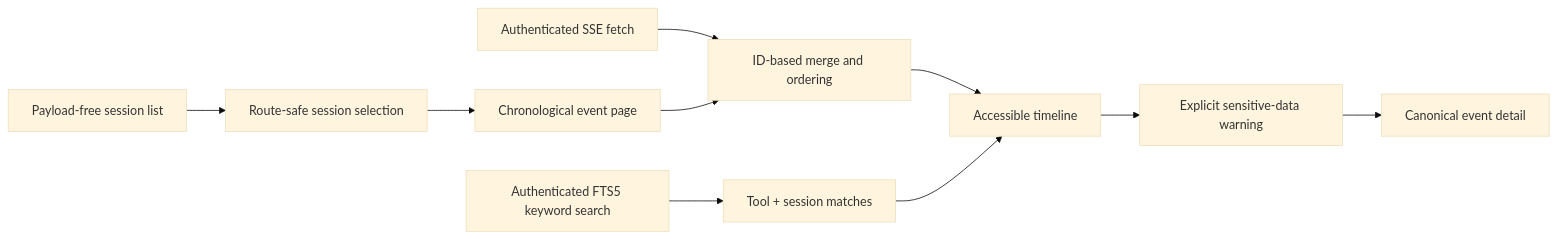
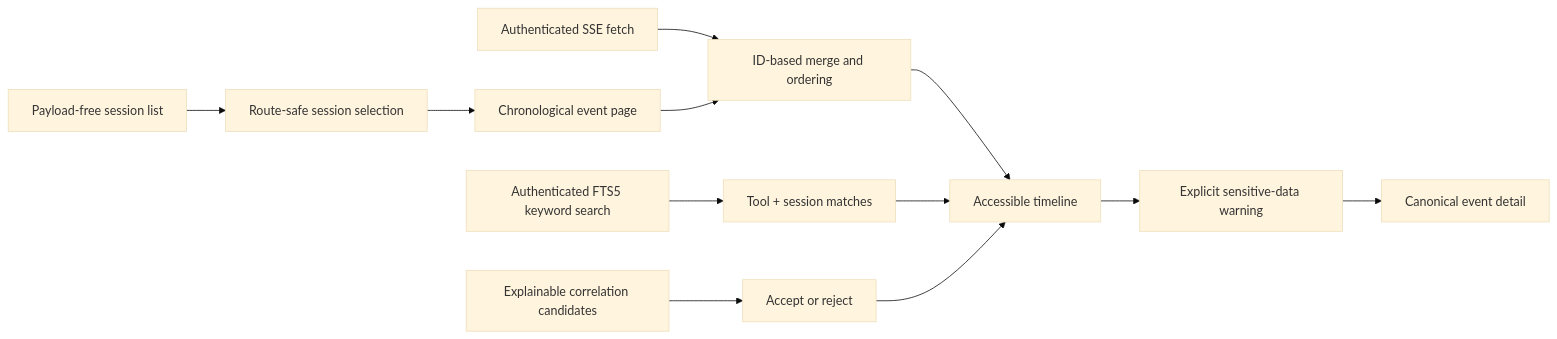
One commit to h3rb3rn/agentic-tool-merger changed the diagram in docs/ui/session-timeline.md. Above: the diagram before and after it, drawn with Mermaid (base theme). The commit also changed other lines of this file and 20 other files, not shown here.

````diff
--- a/docs/ui/session-timeline.md
+++ b/docs/ui/session-timeline.md
@@ -7,12 +7,14 @@
 ```mermaid
 flowchart LR
     list["Payload-free session list"] --> select["Route-safe session selection"]
     select --> page["Chronological event page"]
     stream["Authenticated SSE fetch"] --> merge["ID-based merge and ordering"]
     page --> merge
     merge --> timeline["Accessible timeline"]
     search["Authenticated FTS5 keyword search"] --> matches["Tool + session matches"]
     matches --> timeline
+    candidates["Explainable correlation candidates"] --> review["Accept or reject"]
+    review --> timeline
     timeline --> warning["Explicit sensitive-data warning"]
     warning --> detail["Canonical event detail"]
 ```
````
